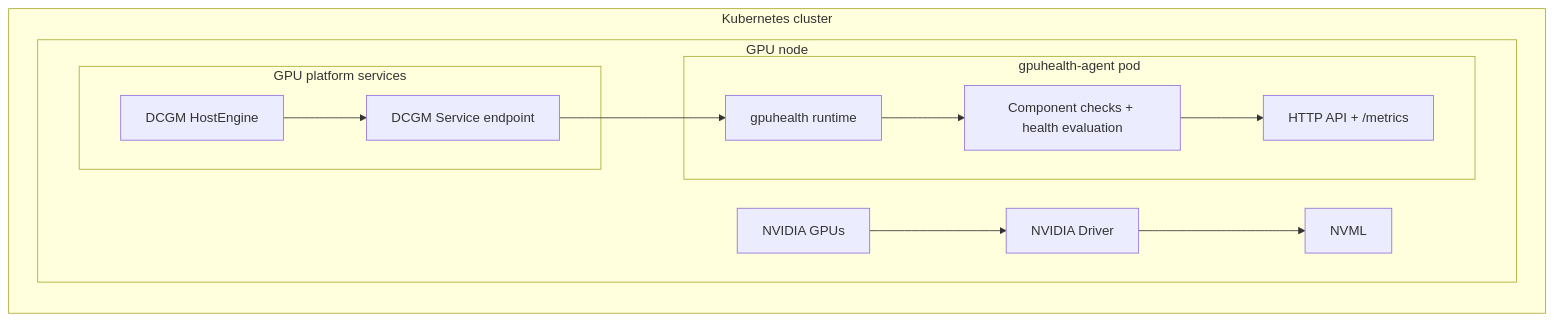
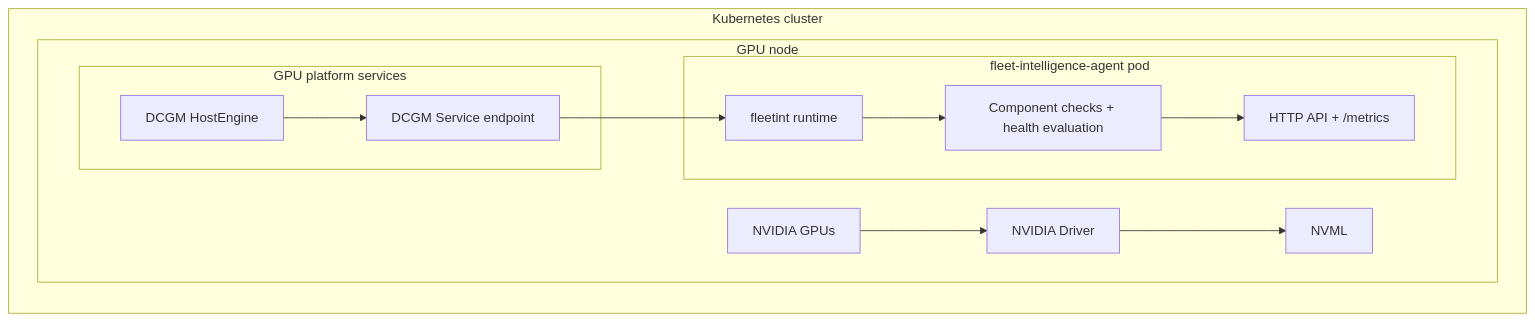
The second of 3 diagrams in docs/architecture.md (NVIDIA/fleet-intelligence-agent), drawn with Mermaid before and after one commit. The commit also changed other lines of this file and 72 other files, not shown here.

Commit message:
[GPUHEALTH-1408] feat: strict rename to fleet intelligence agent naming

````diff
--- a/docs/architecture.md
+++ b/docs/architecture.md
@@ -48,22 +48,22 @@
 ```mermaid
 flowchart LR
   subgraph CL["Kubernetes cluster"]
     subgraph NODE["GPU node"]
       GPU["NVIDIA GPUs"] --> DRV["NVIDIA Driver"] --> NVML["NVML"]
 
       subgraph GOP["GPU platform services"]
         DCGM["DCGM HostEngine"]
         SVC["DCGM Service endpoint"]
       end
 
-      subgraph POD["gpuhealth-agent pod"]
-        AGENT["gpuhealth runtime"]
+      subgraph POD["fleet-intelligence-agent pod"]
+        AGENT["fleetint runtime"]
         COMP["Component checks + health evaluation"]
         API["HTTP API + /metrics"]
       end
     end
   end
 
   DCGM --> SVC --> AGENT
   AGENT --> COMP --> API
 ```
````
